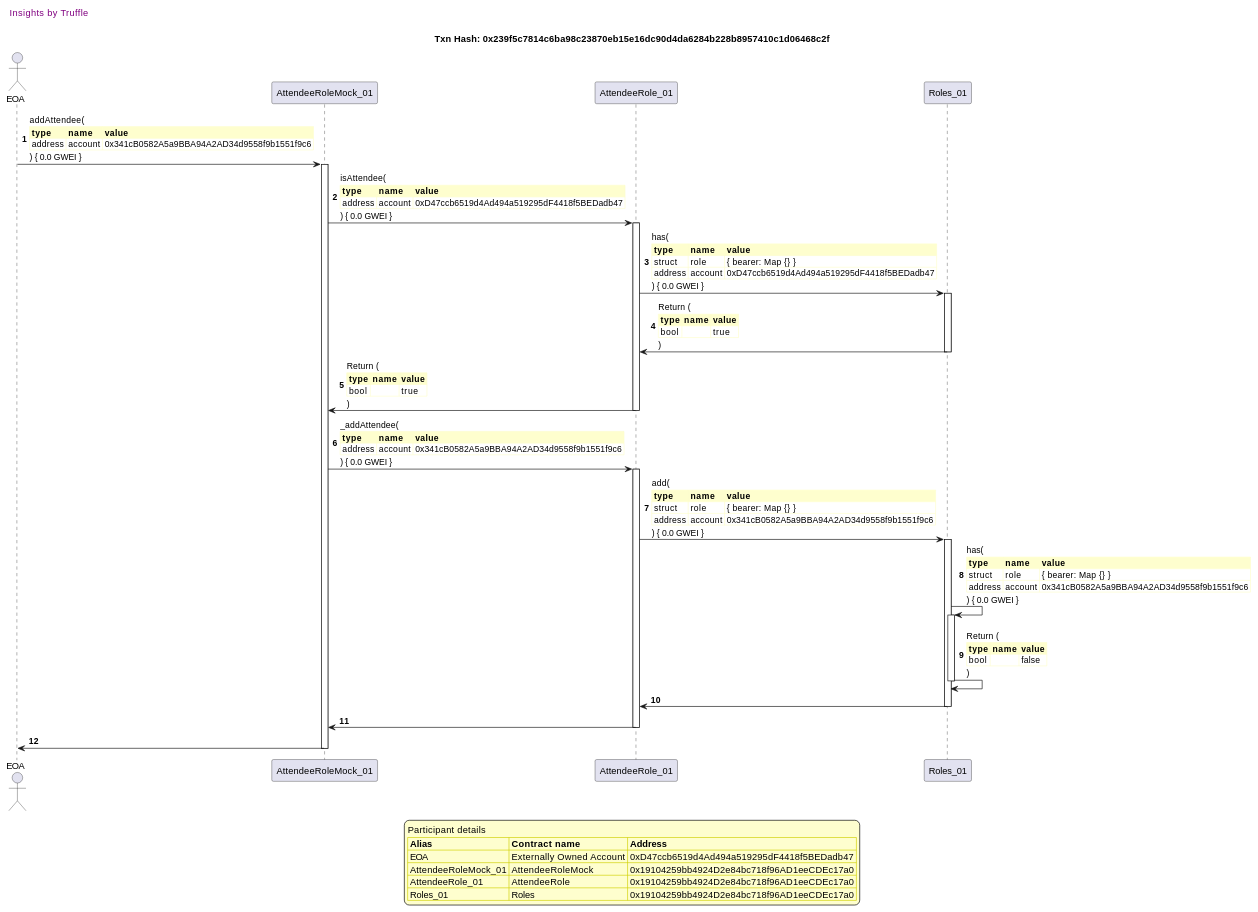
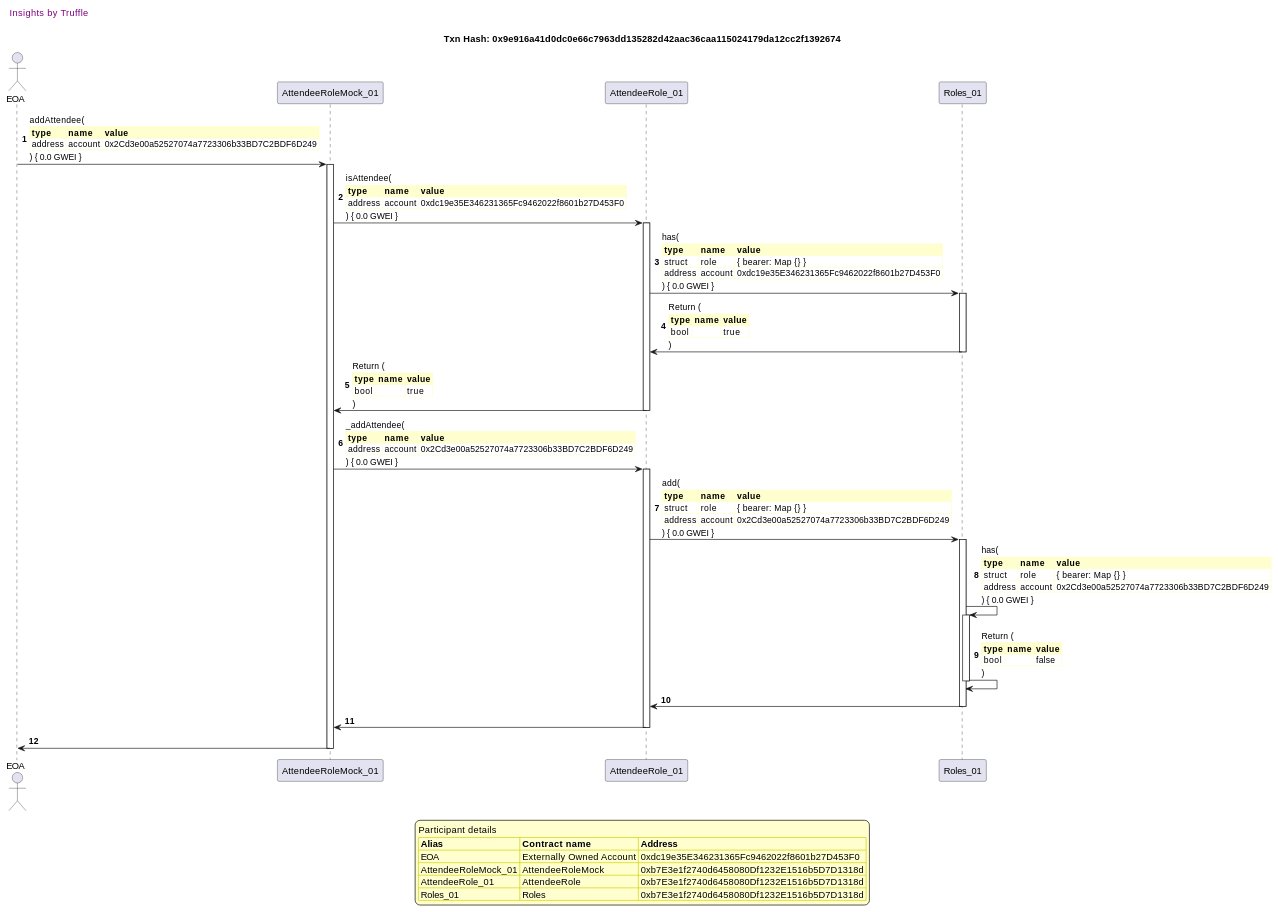
Diagram 16 of 41 in truffle-seq/roles_attendeerole.md (fodisi/hackapay), drawn with PlantUML before and after one commit. The commit also changed other lines of this file and 10 other files, not shown here.

````diff
--- a/truffle-seq/roles_attendeerole.md
+++ b/truffle-seq/roles_attendeerole.md
@@ -1208,81 +1208,81 @@
 ```plantuml
 
 
 @startuml
 
 autonumber
 skinparam legendBackgroundColor #FEFECE
 
 <style>
       header {
         HorizontalAlignment left
         FontColor purple
         FontSize 14
         Padding 10
       }
     </style>
 
 header Insights by Truffle
 
-title Txn Hash: 0x239f5c7814c6ba98c23870eb15e16dc90d4da6284b228b8957410c1d06468c2f
+title Txn Hash: 0x9e916a41d0dc0e66c7963dd135282d42aac36caa115024179da12cc2f1392674
 
 
 actor EOA as "EOA"
 participant AttendeeRoleMock_01 as "AttendeeRoleMock_01"
 participant AttendeeRole_01 as "AttendeeRole_01"
 participant Roles_01 as "Roles_01"
 
 "EOA" -> "AttendeeRoleMock_01" ++: addAttendee(\n\
 <#FEFECE,#FEFECE>|= type |= name |= value |\n\
-| address | account | 0x341cB0582A5a9BBA94A2AD34d9558f9b1551f9c6 |\n\
+| address | account | 0x2Cd3e00a52527074a7723306b33BD7C2BDF6D249 |\n\
 ) { 0.0 GWEI }
 "AttendeeRoleMock_01" -> "AttendeeRole_01" ++: isAttendee(\n\
 <#FEFECE,#FEFECE>|= type |= name |= value |\n\
-| address | account | 0xD47ccb6519d4Ad494a519295dF4418f5BEDadb47 |\n\
+| address | account | 0xdc19e35E346231365Fc9462022f8601b27D453F0 |\n\
 ) { 0.0 GWEI }
 "AttendeeRole_01" -> "Roles_01" ++: has(\n\
 <#FEFECE,#FEFECE>|= type |= name |= value |\n\
 | struct | role | { bearer: Map {} } |\n\
-| address | account | 0xD47ccb6519d4Ad494a519295dF4418f5BEDadb47 |\n\
+| address | account | 0xdc19e35E346231365Fc9462022f8601b27D453F0 |\n\
 ) { 0.0 GWEI }
 "Roles_01" -> "AttendeeRole_01" --: Return (\n\
 <#FEFECE,#FEFECE>|= type |= name |= value |\n\
 | bool |  | true |\n\
 )
 "AttendeeRole_01" -> "AttendeeRoleMock_01" --: Return (\n\
 <#FEFECE,#FEFECE>|= type |= name |= value |\n\
 | bool |  | true |\n\
 )
 "AttendeeRoleMock_01" -> "AttendeeRole_01" ++: _addAttendee(\n\
 <#FEFECE,#FEFECE>|= type |= name |= value |\n\
-| address | account | 0x341cB0582A5a9BBA94A2AD34d9558f9b1551f9c6 |\n\
+| address | account | 0x2Cd3e00a52527074a7723306b33BD7C2BDF6D249 |\n\
 ) { 0.0 GWEI }
 "AttendeeRole_01" -> "Roles_01" ++: add(\n\
 <#FEFECE,#FEFECE>|= type |= name |= value |\n\
 | struct | role | { bearer: Map {} } |\n\
-| address | account | 0x341cB0582A5a9BBA94A2AD34d9558f9b1551f9c6 |\n\
+| address | account | 0x2Cd3e00a52527074a7723306b33BD7C2BDF6D249 |\n\
 ) { 0.0 GWEI }
 "Roles_01" -> "Roles_01" ++: has(\n\
 <#FEFECE,#FEFECE>|= type |= name |= value |\n\
 | struct | role | { bearer: Map {} } |\n\
-| address | account | 0x341cB0582A5a9BBA94A2AD34d9558f9b1551f9c6 |\n\
+| address | account | 0x2Cd3e00a52527074a7723306b33BD7C2BDF6D249 |\n\
 ) { 0.0 GWEI }
 "Roles_01" -> "Roles_01" --: Return (\n\
 <#FEFECE,#FEFECE>|= type |= name |= value |\n\
 | bool |  | false |\n\
 )
 "Roles_01" -> "AttendeeRole_01" --: 
 "AttendeeRole_01" -> "AttendeeRoleMock_01" --: 
 "AttendeeRoleMock_01" -> "EOA" --: 
 
 legend
 Participant details
 <#FEFECE,#D0D000>|= Alias |= Contract name |= Address |
-<#FEFECE>| EOA | Externally Owned Account | 0xD47ccb6519d4Ad494a519295dF4418f5BEDadb47 |
-<#FEFECE>| AttendeeRoleMock_01 | AttendeeRoleMock | 0x19104259bb4924D2e84bc718f96AD1eeCDEc17a0 |
-<#FEFECE>| AttendeeRole_01 | AttendeeRole | 0x19104259bb4924D2e84bc718f96AD1eeCDEc17a0 |
-<#FEFECE>| Roles_01 | Roles | 0x19104259bb4924D2e84bc718f96AD1eeCDEc17a0 |
+<#FEFECE>| EOA | Externally Owned Account | 0xdc19e35E346231365Fc9462022f8601b27D453F0 |
+<#FEFECE>| AttendeeRoleMock_01 | AttendeeRoleMock | 0xb7E3e1f2740d6458080Df1232E1516b5D7D1318d |
+<#FEFECE>| AttendeeRole_01 | AttendeeRole | 0xb7E3e1f2740d6458080Df1232E1516b5D7D1318d |
+<#FEFECE>| Roles_01 | Roles | 0xb7E3e1f2740d6458080Df1232E1516b5D7D1318d |
 endlegend
 
 @enduml
 ```
````
